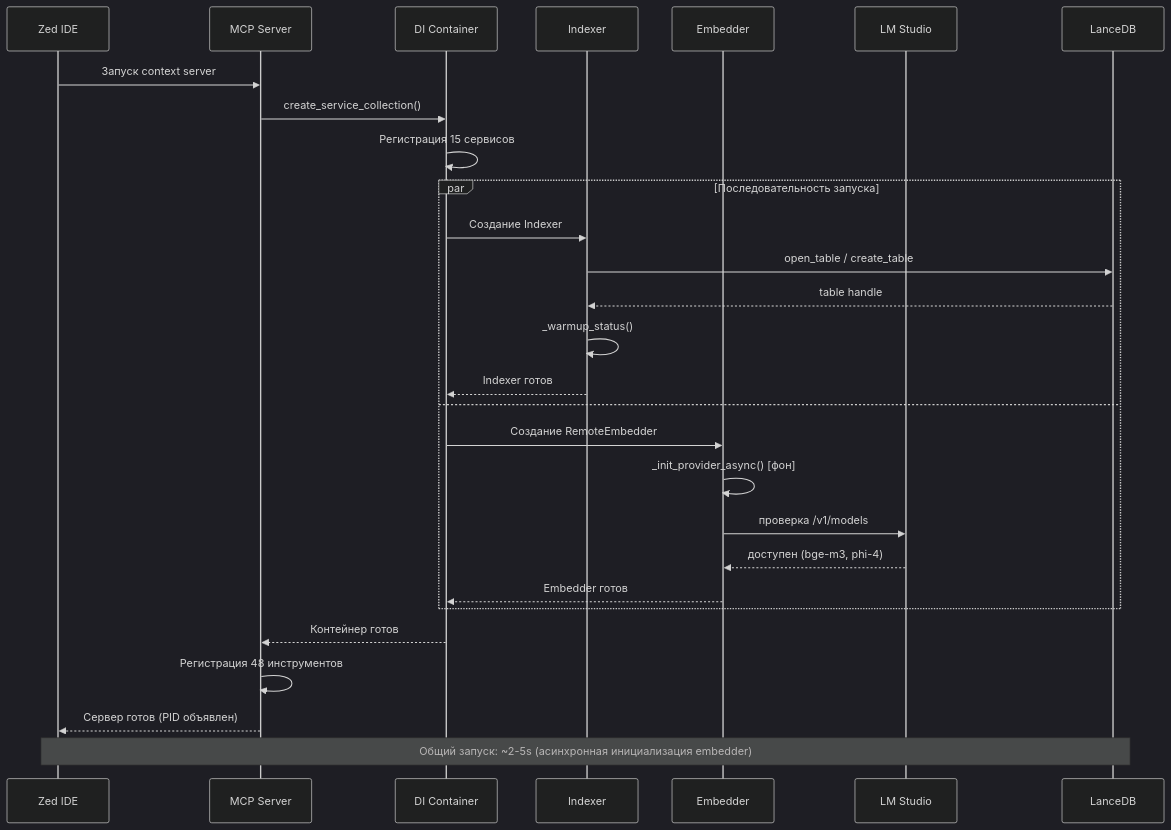
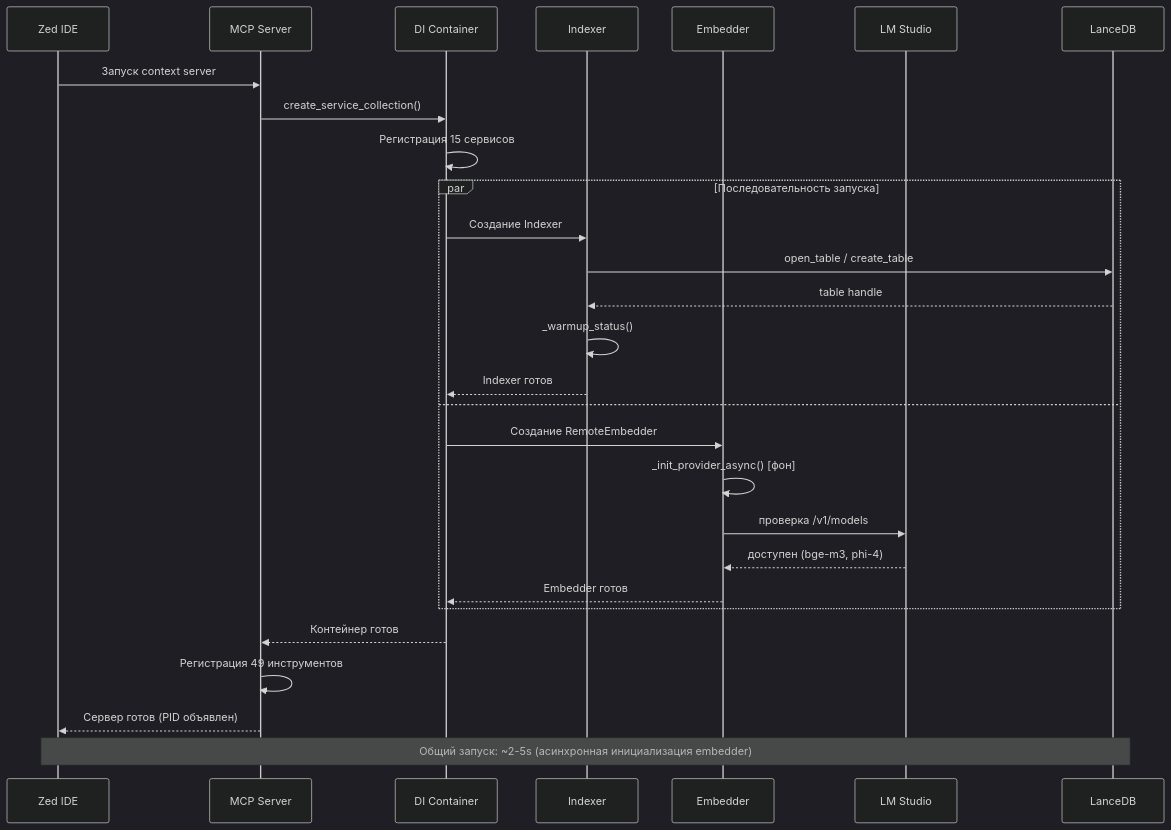
Before and after one commit to ManSio/mscodebase-intelligence: the fifth of 8 diagrams in docs/ru/ARCHITECTURE_DEEP.md, drawn with Mermaid (dark theme). The commit also changed other lines of this file and 40 other files, not shown here.

````diff
--- a/docs/ru/ARCHITECTURE_DEEP.md
+++ b/docs/ru/ARCHITECTURE_DEEP.md
@@ -179,34 +179,34 @@
 ```mermaid
 sequenceDiagram
     participant Zed as Zed IDE
     participant MCP as MCP Server
     participant DI as DI Container
     participant IX as Indexer
     participant EM as Embedder
     participant LM as LM Studio
     participant DB as LanceDB
 
     Zed->>MCP: Запуск context server
     MCP->>DI: create_service_collection()
     DI->>DI: Регистрация 15 сервисов
     
     par Последовательность запуска
         DI->>IX: Создание Indexer
         IX->>DB: open_table / create_table
         DB-->>IX: table handle
         IX->>IX: _warmup_status()
         IX-->>DI: Indexer готов
     and
         DI->>EM: Создание RemoteEmbedder
         EM->>EM: _init_provider_async() [фон]
         EM->>LM: проверка /v1/models
         LM-->>EM: доступен (bge-m3, phi-4)
         EM-->>DI: Embedder готов
     end
     
     DI-->>MCP: Контейнер готов
-    MCP->>MCP: Регистрация 48 инструментов
+    MCP->>MCP: Регистрация 49 инструментов
     MCP-->>Zed: Сервер готов (PID объявлен)
     
     Note over Zed,DB: Общий запуск: ~2-5s (асинхронная инициализация embedder)
 ```
````
